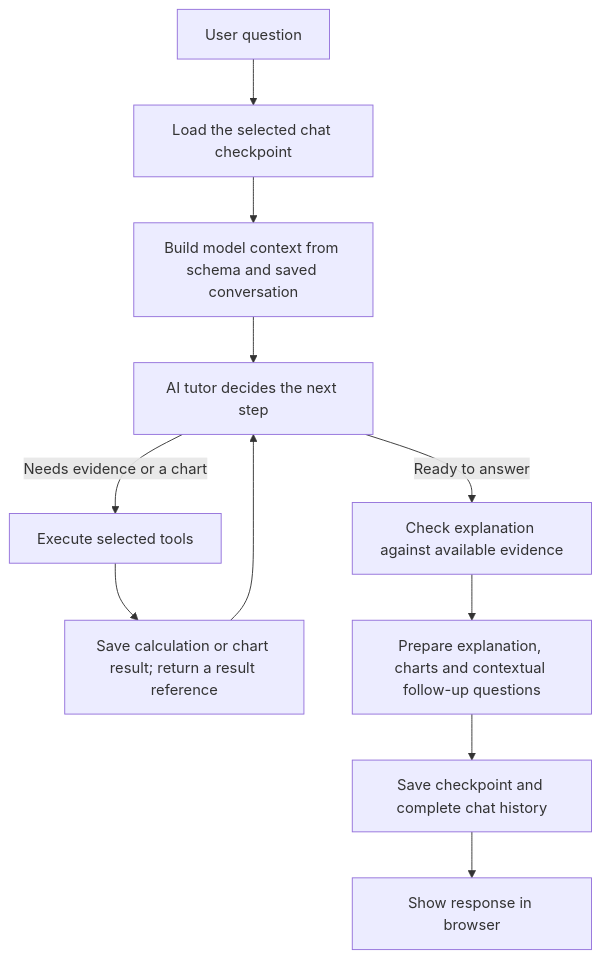
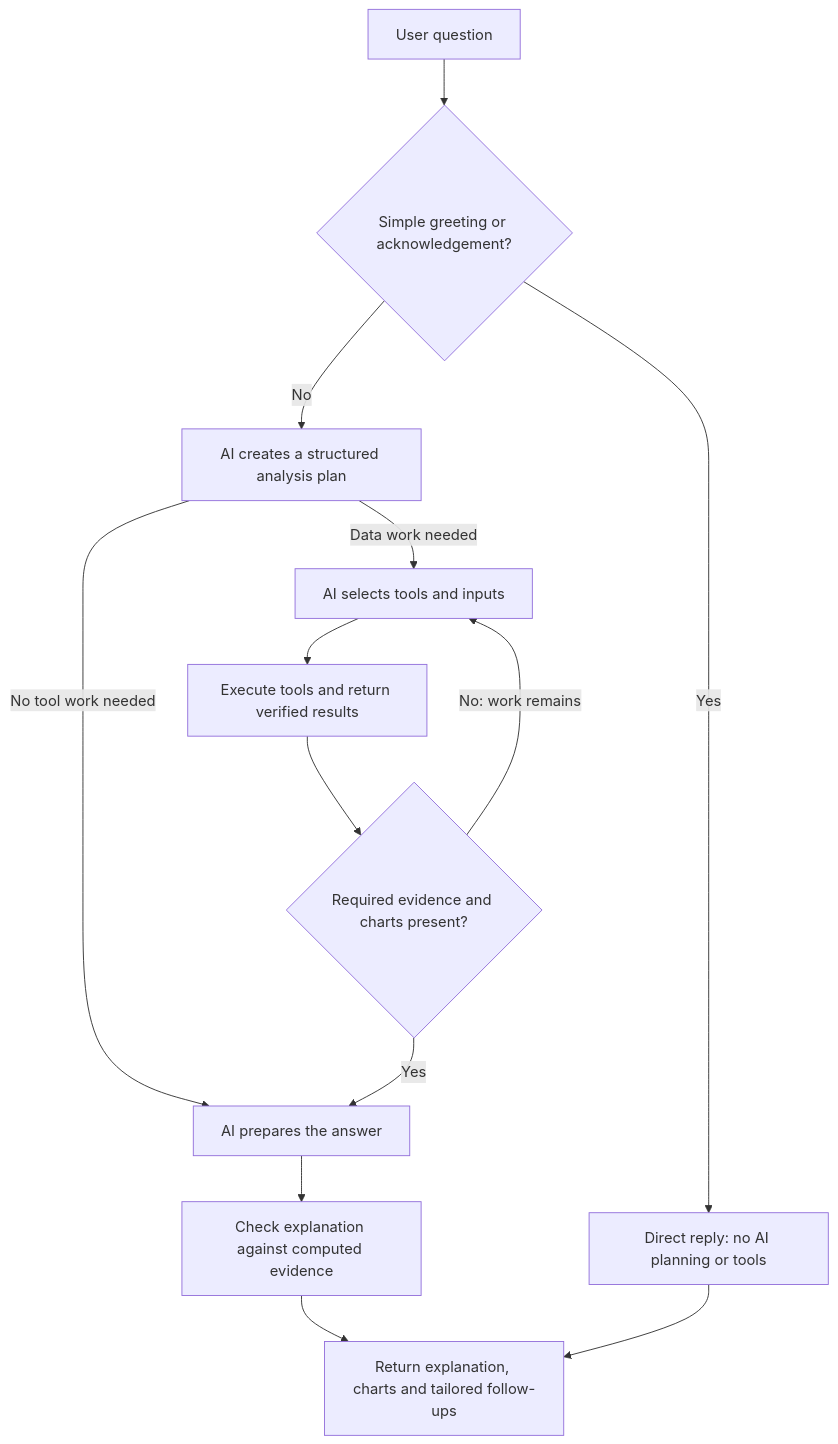
Before and after one commit to abdullahaarifshaikh/Health_Data_Visualizer: the diagram in docs/architecture.md, drawn with Mermaid. The commit also changed other lines of this file and 14 other files, not shown here.

Commit message:
Enforce planned tool work and isolate evidence-based answer generation

````diff
--- a/docs/architecture.md
+++ b/docs/architecture.md
@@ -7,13 +7,15 @@
 ```mermaid
 flowchart TD
-    Q[User question] --> L[Load the selected chat checkpoint]
-    L --> C[Build model context from schema and saved conversation]
-    C --> A[AI tutor decides the next step]
-    A -->|Needs evidence or a chart| T[Execute selected tools]
-    T --> R[Save calculation or chart result; return a result reference]
-    R --> A
-    A -->|Ready to answer| V[Check explanation against available evidence]
-    V --> F[Prepare explanation, charts and contextual follow-up questions]
-    F --> S[Save checkpoint and complete chat history]
-    S --> B[Show response in browser]
+    Q[User question] --> U{Simple greeting or acknowledgement?}
+    U -->|Yes| S[Direct reply: no AI planning or tools]
+    U -->|No| P[AI creates a structured analysis plan]
+    P -->|No tool work needed| F[AI prepares the answer]
+    P -->|Data work needed| A[AI selects tools and inputs]
+    A --> T[Execute tools and return verified results]
+    T --> C{Required evidence and charts present?}
+    C -->|No: work remains| A
+    C -->|Yes| F
+    F --> V[Check explanation against computed evidence]
+    V --> R[Return explanation, charts and tailored follow-ups]
+    S --> R
 ```
````
